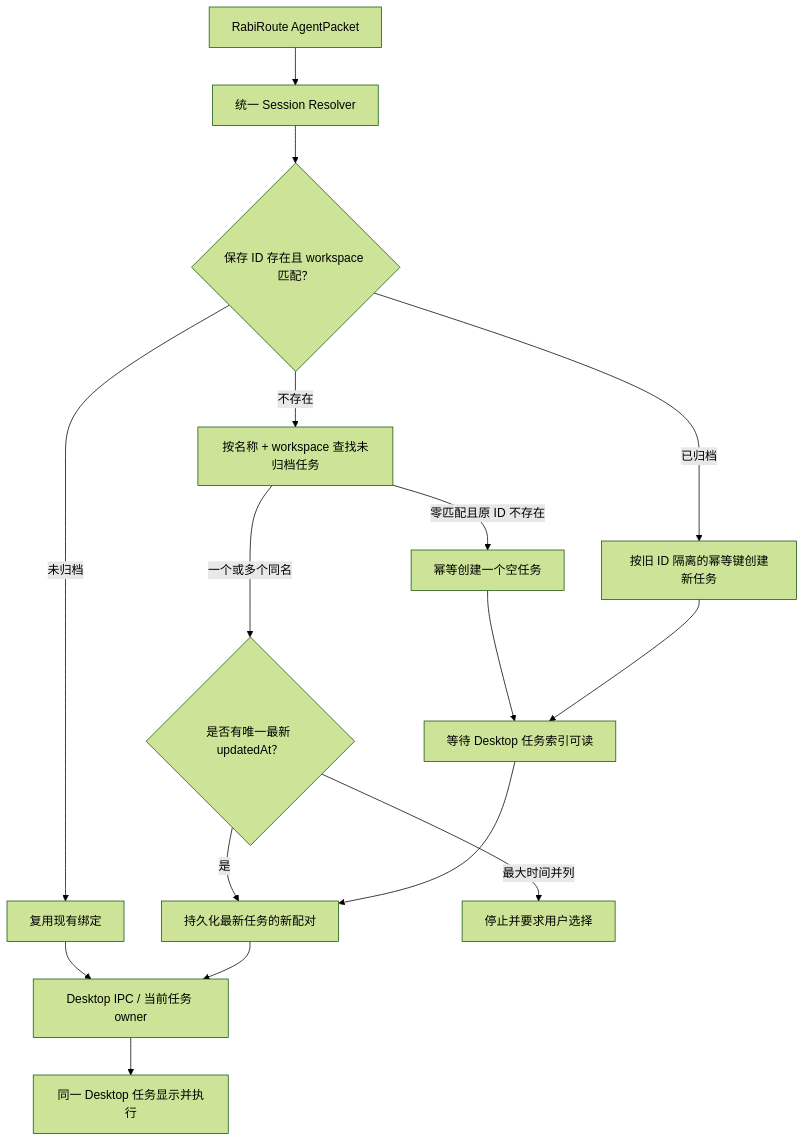
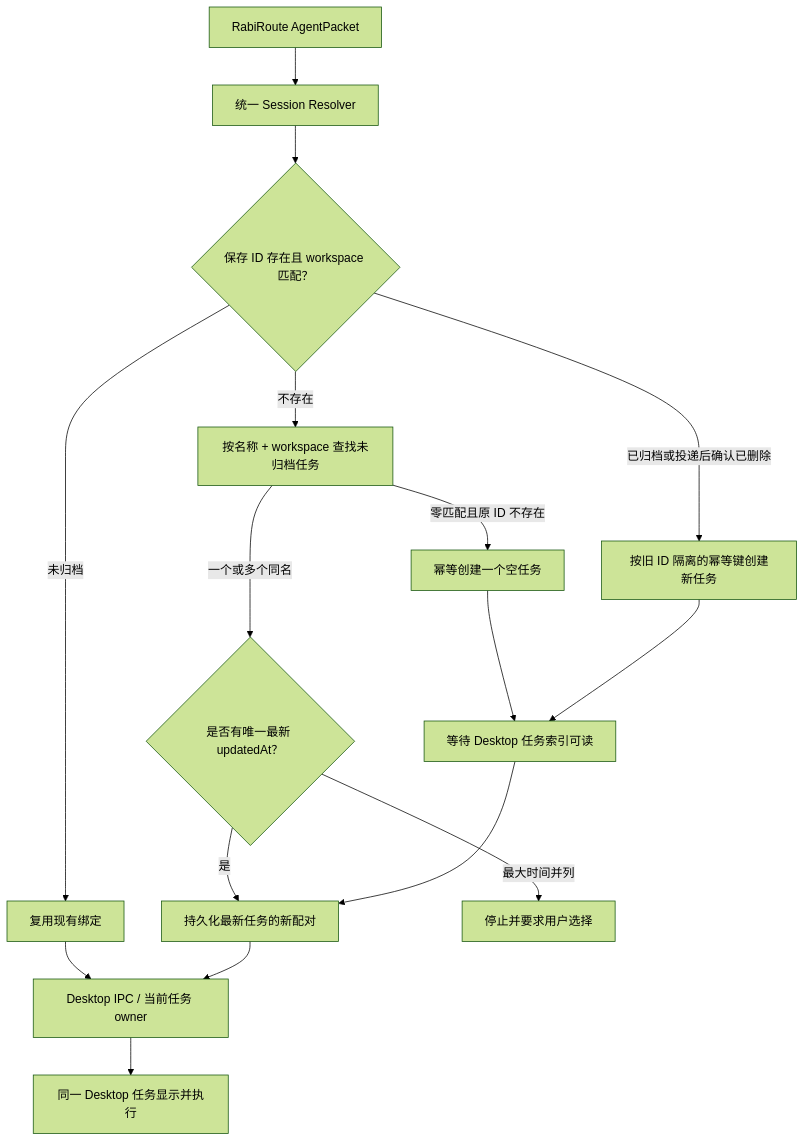
The diagram in docs/codex-desktop-agent-acceptance.md (vb2250158/RabiRoute), drawn with Mermaid (forest theme) before and after one commit. The commit also changed other lines of this file and 76 other files, not shown here.

````diff
--- a/docs/codex-desktop-agent-acceptance.md
+++ b/docs/codex-desktop-agent-acceptance.md
@@ -38,18 +38,18 @@
 ```mermaid
 flowchart TD
     R["RabiRoute AgentPacket"] --> S["统一 Session Resolver"]
     S --> V{"保存 ID 存在且 workspace 匹配？"}
     V -->|"未归档"| B["复用现有绑定"]
-    V -->|"已归档"| C2["按旧 ID 隔离的幂等键创建新任务"]
+    V -->|"已归档或投递后确认已删除"| C2["按旧 ID 隔离的幂等键创建新任务"]
     V -->|"不存在"| L["按名称 + workspace 查找未归档任务"]
     L -->|"一个或多个同名"| N{"是否有唯一最新 updatedAt？"}
     L -->|"零匹配且原 ID 不存在"| C["幂等创建一个空任务"]
     N -->|"是"| P["持久化最新任务的新配对"]
     N -->|"最大时间并列"| A["停止并要求用户选择"]
     C --> W["等待 Desktop 任务索引可读"]
     C2 --> W
     W --> P
     B --> D["Desktop IPC / 当前任务 owner"]
     P --> D
     D --> T["同一 Desktop 任务显示并执行"]
 ```
````
